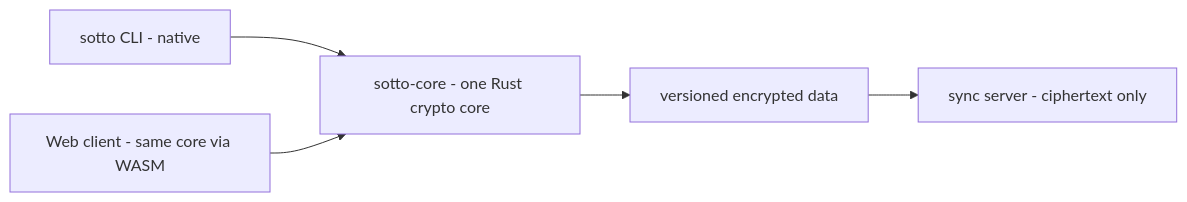
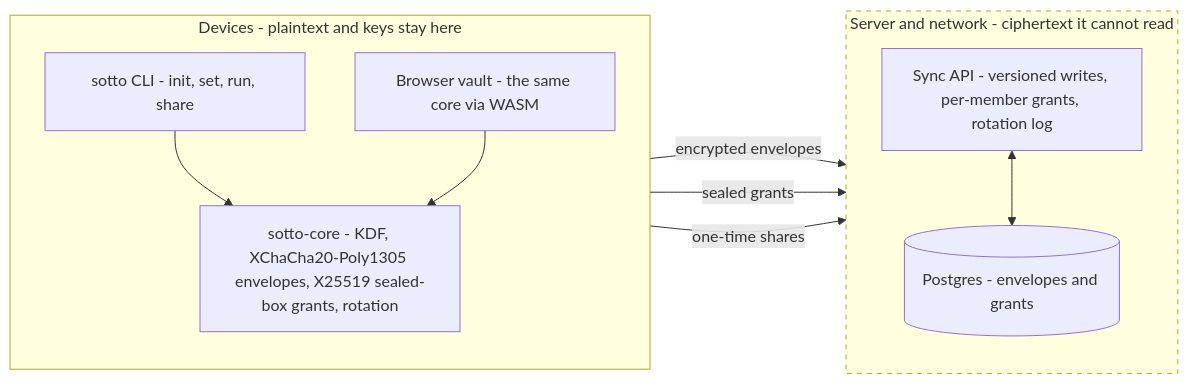
One commit to getsotto/.github changed the diagram in profile/README.md. Above: the diagram before and after it, drawn with Mermaid. The commit also changed other lines of this file, not shown here.

Commit message:
Show the trust boundary in the architecture diagram

````diff
--- a/profile/README.md
+++ b/profile/README.md
@@ -16,7 +16,21 @@
 ```mermaid
 flowchart LR
-    A["sotto CLI - native"] --> C["sotto-core - one Rust crypto core"]
-    B["Web client - same core via WASM"] --> C
-    C --> D["versioned encrypted data"]
-    D --> E["sync server - ciphertext only"]
+    subgraph devices["Devices - plaintext and keys stay here"]
+        direction TB
+        cli["sotto CLI - init, set, run, share"]
+        web["Browser vault - the same core via WASM"]
+        core["sotto-core - KDF, XChaCha20-Poly1305 envelopes, X25519 sealed-box grants, rotation"]
+        cli --> core
+        web --> core
+    end
+    subgraph server["Server and network - ciphertext it cannot read"]
+        direction TB
+        api["Sync API - versioned writes, per-member grants, rotation log"]
+        db[("Postgres - envelopes and grants")]
+        api <--> db
+    end
+    core -- "encrypted envelopes" --> api
+    core -- "sealed grants" --> api
+    core -- "one-time shares" --> api
+    style server stroke-dasharray: 5 5
 ```
````
